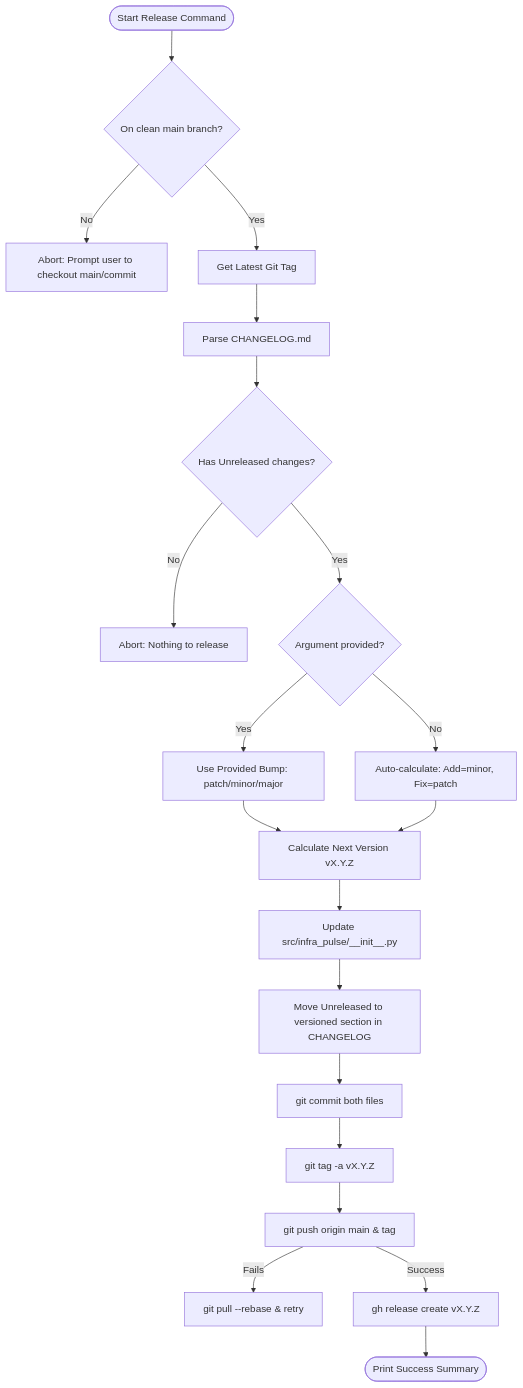
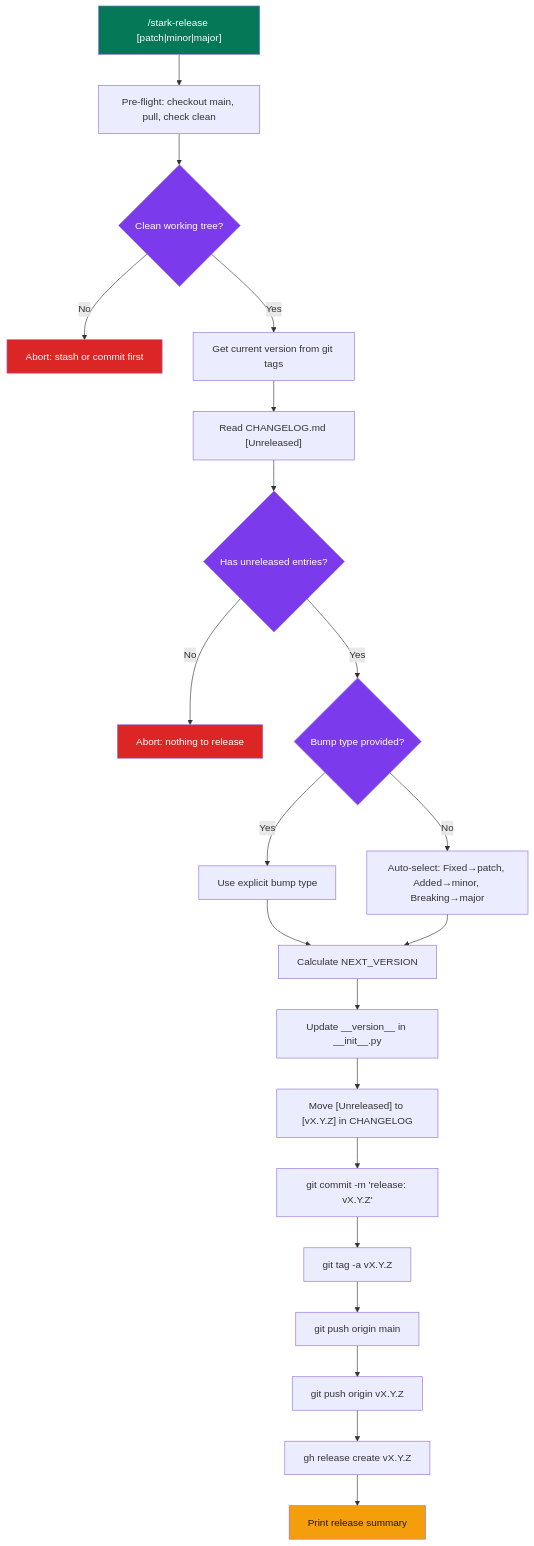
Before and after one commit to 21StarkCom/stark-skills: the diagram in docs/skills/stark-release/internals.md, drawn with Mermaid. The commit also changed other lines of this file and 185 other files, not shown here.

````diff
--- a/docs/skills/stark-release/internals.md
+++ b/docs/skills/stark-release/internals.md
@@ -7,32 +7,31 @@
 ```mermaid
 graph TD
-  Start([Start Release Command]) --> PreFlight{On clean main branch?}
-  
-  PreFlight -->|No| Abort1[Abort: Prompt user to checkout main/commit]
-  PreFlight -->|Yes| GitTag[Get Latest Git Tag]
-  
-  GitTag --> ParseCL[Parse CHANGELOG.md]
-  
-  ParseCL --> HasChanges{Has Unreleased changes?}
-  HasChanges -->|No| Abort2[Abort: Nothing to release]
-  
-  HasChanges -->|Yes| BumpDecision{Argument provided?}
-  
-  BumpDecision -->|Yes| UseArg[Use Provided Bump: patch/minor/major]
-  BumpDecision -->|No| AutoCalc[Auto-calculate: Add=minor, Fix=patch]
-  
-  UseArg --> CalcNext[Calculate Next Version vX.Y.Z]
-  AutoCalc --> CalcNext
-  
-  CalcNext --> MutateInit[Update src/infra_pulse/__init__.py]
-  MutateInit --> MutateCL[Move Unreleased to versioned section in CHANGELOG]
-  
-  MutateCL --> Commit[git commit both files]
-  Commit --> Tag[git tag -a vX.Y.Z]
-  
-  Tag --> Push[git push origin main & tag]
-  Push -->|Fails| Rebase[git pull --rebase & retry]
-  Push -->|Success| GHRelease[gh release create vX.Y.Z]
-  
-  GHRelease --> Summary([Print Success Summary])
+    A["/stark-release [patch|minor|major]"] --> B["Pre-flight: checkout main, pull, check clean"]
+    B --> C{"Clean working tree?"}
+    C -- No --> D["Abort: stash or commit first"]
+    C -- Yes --> E["Get current version from git tags"]
+    E --> F["Read CHANGELOG.md [Unreleased]"]
+    F --> G{"Has unreleased entries?"}
+    G -- No --> H["Abort: nothing to release"]
+    G -- Yes --> I{"Bump type provided?"}
+    I -- Yes --> J["Use explicit bump type"]
+    I -- No --> K["Auto-select: Fixed→patch, Added→minor, Breaking→major"]
+    J --> L["Calculate NEXT_VERSION"]
+    K --> L
+    L --> M["Update __version__ in __init__.py"]
+    M --> N["Move [Unreleased] to [vX.Y.Z] in CHANGELOG"]
+    N --> O["git commit -m 'release: vX.Y.Z'"]
+    O --> P["git tag -a vX.Y.Z"]
+    P --> Q["git push origin main"]
+    Q --> R["git push origin vX.Y.Z"]
+    R --> S["gh release create vX.Y.Z"]
+    S --> T["Print release summary"]
+
+    style A fill:#047857,color:#fff
+    style C fill:#7c3aed,color:#fff
+    style D fill:#dc2626,color:#fff
+    style G fill:#7c3aed,color:#fff
+    style H fill:#dc2626,color:#fff
+    style I fill:#7c3aed,color:#fff
+    style T fill:#f59e0b,color:#1a1a1a
 ```
````
